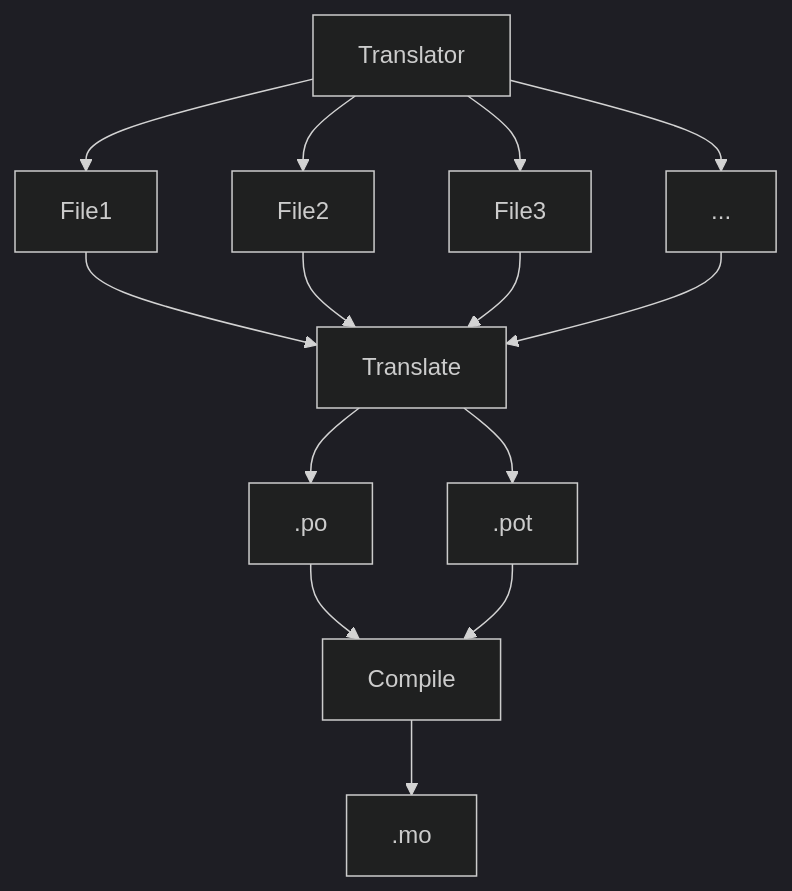
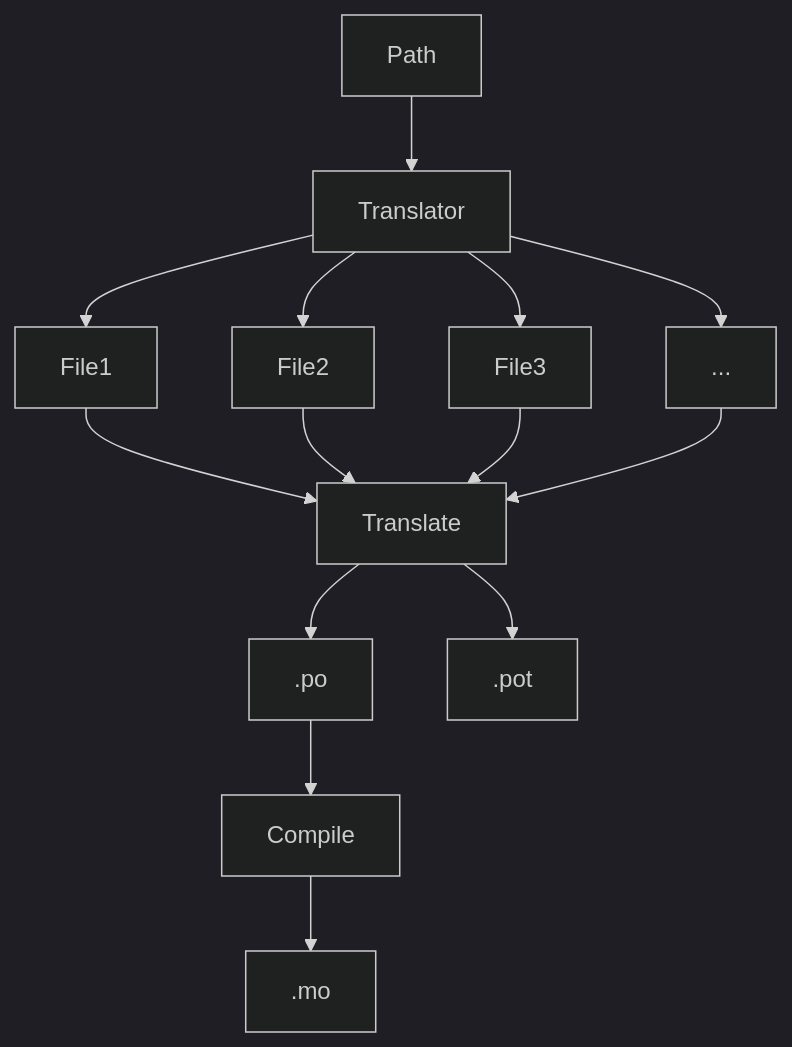
The diagram in README.md (bambier/py-auto-translate), drawn with Mermaid (dark theme) before and after one commit.

````diff
--- a/README.md
+++ b/README.md
@@ -12,18 +12,19 @@
 ```mermaid
   graph TD;
+    Path --> Translator;
     Translator --> File1;
     Translator --> File2;
     Translator --> File3;
     Translator --> ...;
     File1 --> Translate;
     File2 --> Translate;
     File3 --> Translate;
     ... --> Translate;
     Translate --> .po;
     Translate --> .pot;
     .po --> Compile;
-    .pot --> Compile;
+
     Compile --> .mo
     
 
 ```
````
